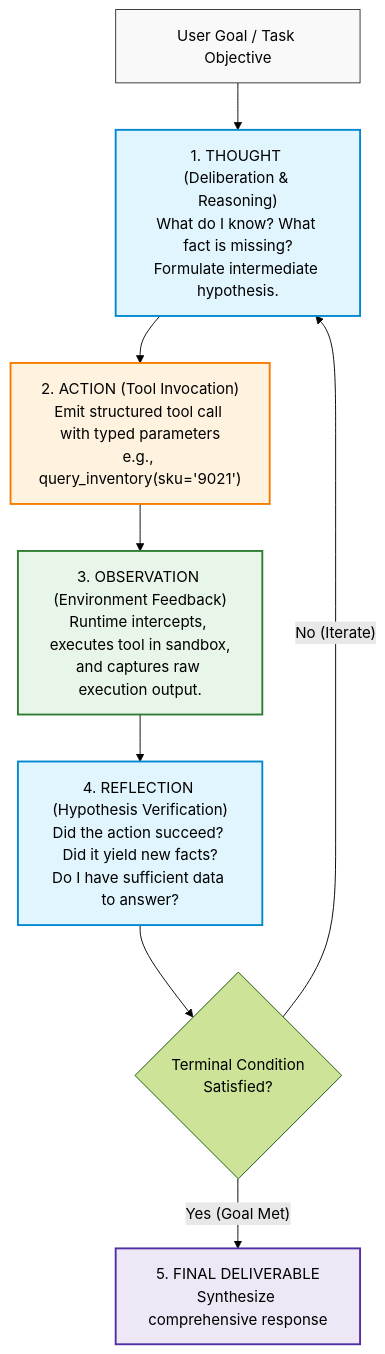
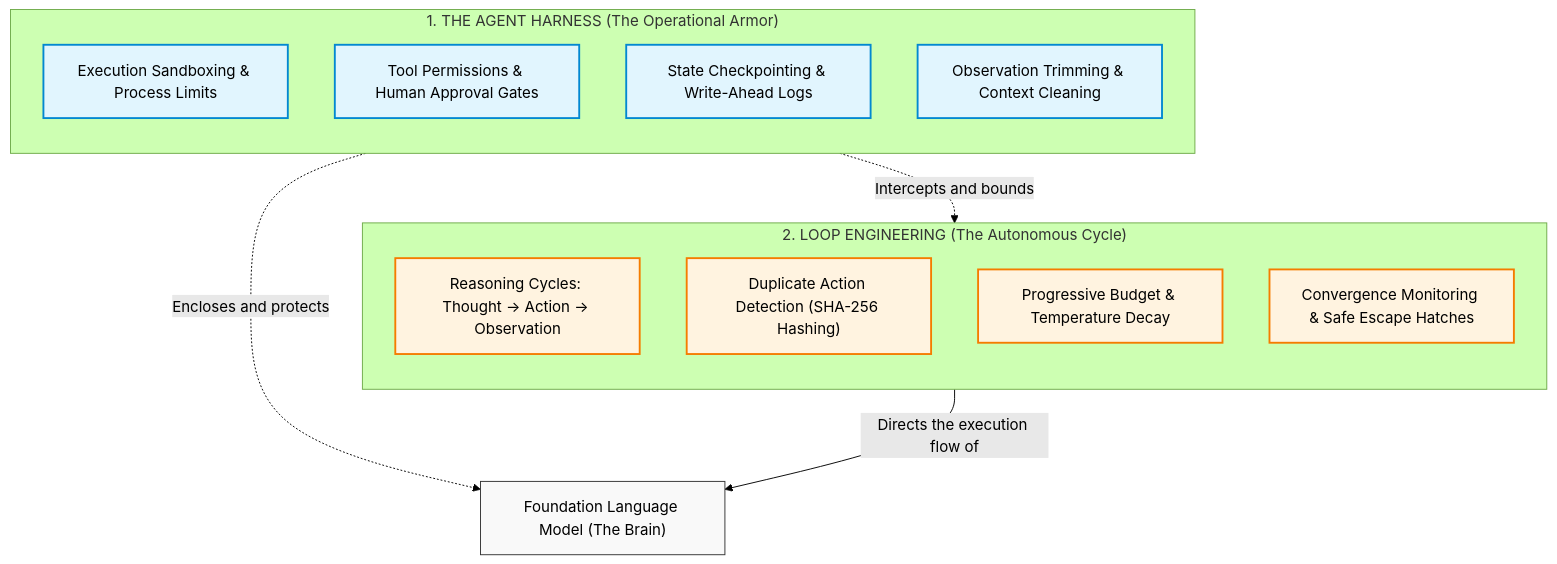
Before and after one commit to dip4k/senior-engineer-to-ai-engineer-roadmap: the first of 4 diagrams in 04-agentic-systems-and-orchestration/02-react-loops-and-execution-governors.md, drawn with Mermaid (forest theme). The commit also changed other lines of this file and 11 other files, not shown here.

Commit message:
refactor(phase-04): deepen harness and loop engineering with learner-friendly pedagogy

````diff
--- a/04-agentic-systems-and-orchestration/02-react-loops-and-execution-governors.md
+++ b/04-agentic-systems-and-orchestration/02-react-loops-and-execution-governors.md
@@ -39,21 +33,28 @@
 ```mermaid
 flowchart TD
-    classDef step fill:#f9f9f9,stroke:#333,stroke-width:1px;
-    classDef thought fill:#e1f5fe,stroke:#0288d1,stroke-width:2px;
-    classDef action fill:#fff3e0,stroke:#f57c00,stroke-width:2px;
-    classDef obs fill:#e8f5e9,stroke:#2e7d32,stroke-width:2px;
-    classDef term fill:#ede7f6,stroke:#512da8,stroke-width:2px;
+    classDef harness fill:#e1f5fe,stroke:#0288d1,stroke-width:2px;
+    classDef loop fill:#fff3e0,stroke:#f57c00,stroke-width:2px;
+    classDef model fill:#f9f9f9,stroke:#333,stroke-width:1px;
 
-    UI["User Goal / Task Objective"]:::step --> T1["1. THOUGHT (Deliberation & Reasoning)\nWhat do I know? What fact is missing?\nFormulate intermediate hypothesis."]:::thought
-    
-    T1 --> A1["2. ACTION (Tool Invocation)\nEmit structured tool call with typed parameters\ne.g., query_inventory(sku='9021')"]:::action
-    
-    A1 --> O1["3. OBSERVATION (Environment Feedback)\nRuntime intercepts, executes tool in sandbox,\nand captures raw execution output."]:::obs
-    
-    O1 --> R1["4. REFLECTION (Hypothesis Verification)\nDid the action succeed? Did it yield new facts?\nDo I have sufficient data to answer?"]:::thought
-    
-    R1 --> Check{"Terminal Condition\nSatisfied?"}
-    
-    Check -- "No (Iterate)" --> T1
-    Check -- "Yes (Goal Met)" --> Final["5. FINAL DELIVERABLE\nSynthesize comprehensive response"]:::term
+    subgraph TheHarness["1. THE AGENT HARNESS (The Operational Armor)"]
+        direction TB
+        H1["Execution Sandboxing & Process Limits"]:::harness
+        H2["Tool Permissions & Human Approval Gates"]:::harness
+        H3["State Checkpointing & Write-Ahead Logs"]:::harness
+        H4["Observation Trimming & Context Cleaning"]:::harness
+    end
+
+    subgraph TheLoop["2. LOOP ENGINEERING (The Autonomous Cycle)"]
+        direction TB
+        L1["Reasoning Cycles: Thought → Action → Observation"]:::loop
+        L2["Duplicate Action Detection (SHA-256 Hashing)"]:::loop
+        L3["Progressive Budget & Temperature Decay"]:::loop
+        L4["Convergence Monitoring & Safe Escape Hatches"]:::loop
+    end
+
+    Model["Foundation Language Model (The Brain)"]:::model
+
+    TheHarness -.->|"Encloses and protects"| Model
+    TheLoop -->|"Directs the execution flow of"| Model
+    TheHarness -.->|"Intercepts and bounds"| TheLoop
 ```
````
